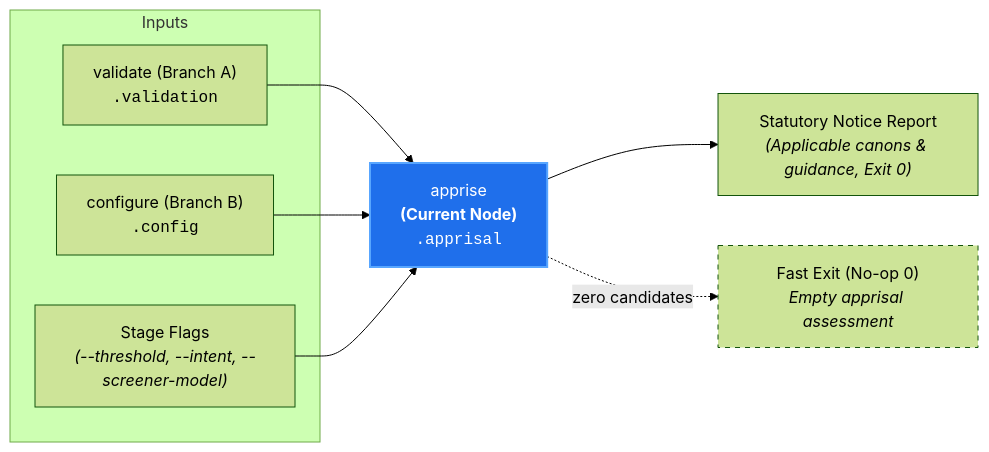
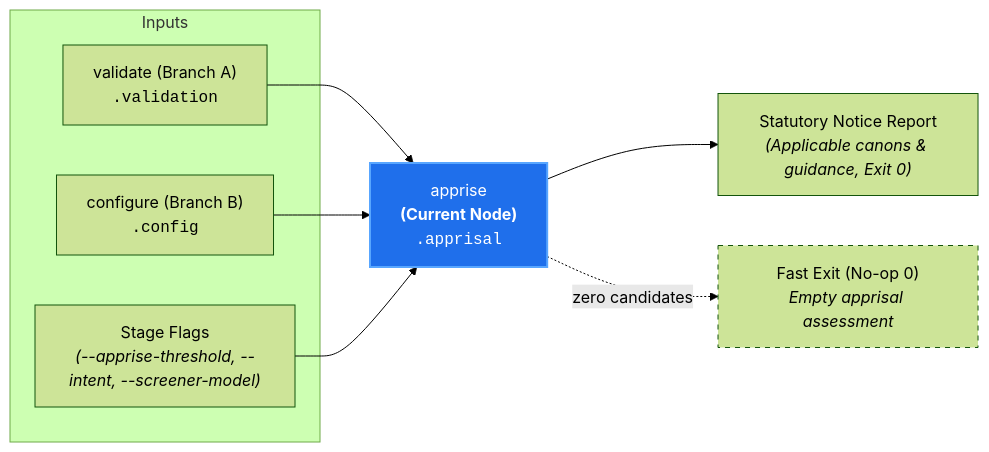
Before and after one commit to PAIR-code/canon-clerk: the diagram in docs/architecture/nodes/apprise.md, drawn with Mermaid (forest theme). The commit also changed other lines of this file and 4 other files, not shown here.

Commit message:
docs(architecture): establish stage-prefixed threshold flags and scoping contract

````diff
--- a/docs/architecture/nodes/apprise.md
+++ b/docs/architecture/nodes/apprise.md
@@ -24,18 +24,18 @@
 ```mermaid
 flowchart LR
     subgraph Inputs["Inputs"]
         Validate["validate (Branch A)<br/><code>.validation</code>"]
         Config["configure (Branch B)<br/><code>.config</code>"]
-        Params["Stage Flags<br/><i>(--threshold, --intent, --screener-model)</i>"]
+        Params["Stage Flags<br/><i>(--apprise-threshold, --intent, --screener-model)</i>"]
     end
 
     Validate --> Apprise["apprise<br/><b>(Current Node)</b><br/><code>.apprisal</code>"]
     Config --> Apprise
     Params --> Apprise
 
     Apprise --> Notice["Statutory Notice Report<br/><i>(Applicable canons & guidance, Exit 0)</i>"]
     Apprise -. "zero candidates" .-> EmptyNotice["Fast Exit (No-op 0)<br/><i>Empty apprisal assessment</i>"]
 
     style Apprise fill:#1f6feb,stroke:#58a6ff,stroke-width:2px,color:#fff
     style EmptyNotice stroke-dasharray: 5 5
 ```
````
